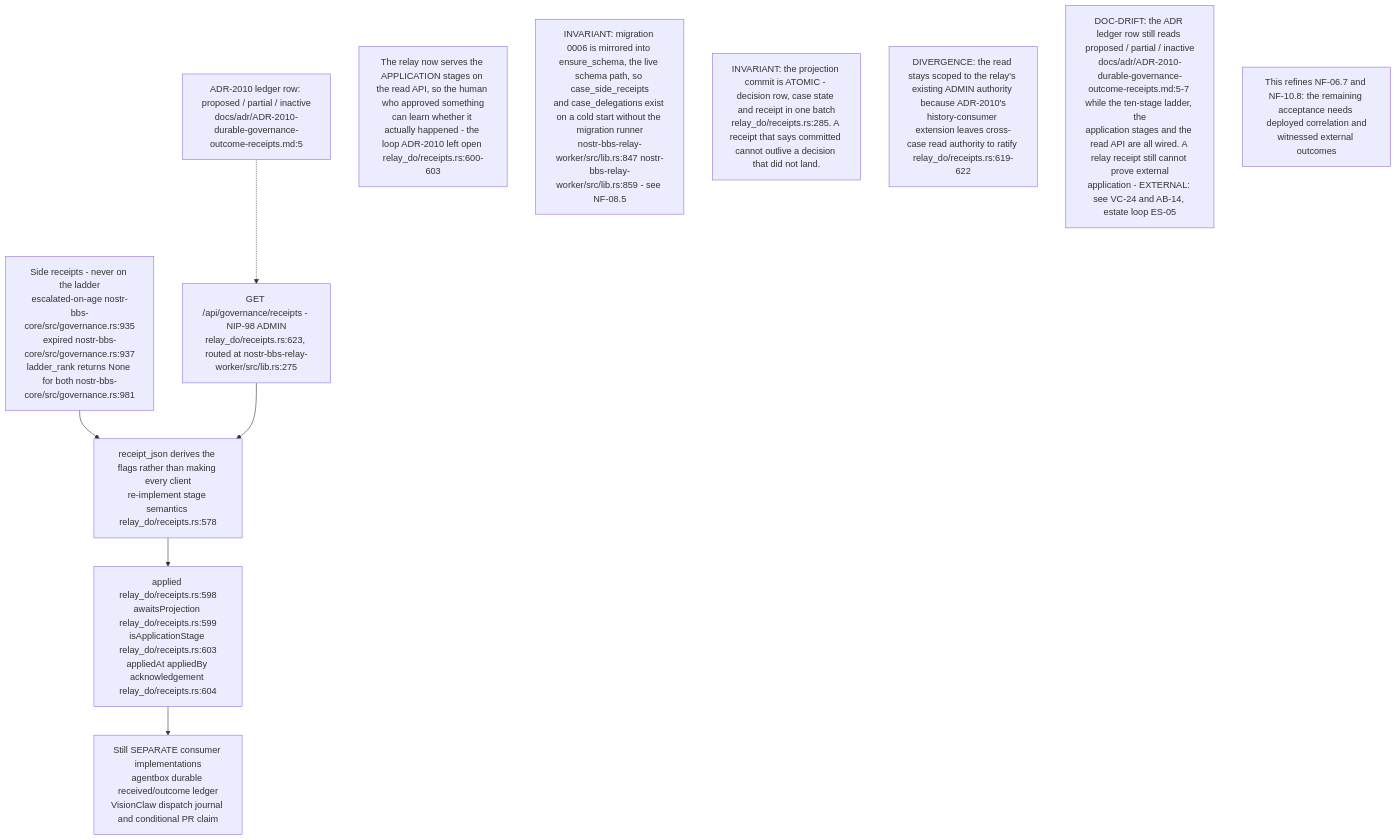
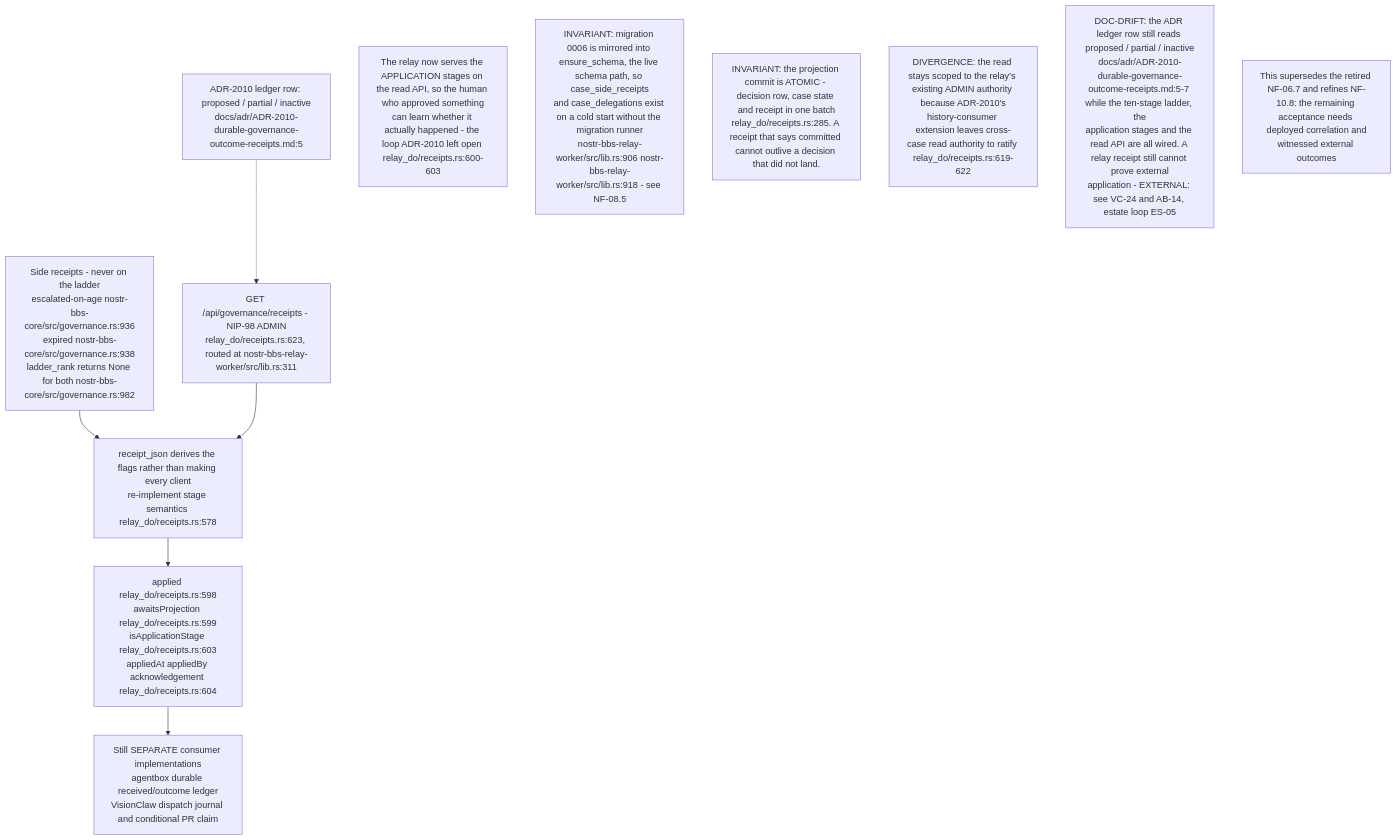
The ninth of 16 diagrams in docs/diagrams/nostr-rust-forum/11-relay-durable-object-internals.md (DreamLab-AI/VisionFlow), drawn with Mermaid before and after one commit. The commit also changed other lines of this file and 136 other files, not shown here.

First line of the commit message:
docs(diagrams): refresh the whole corpus to code HEAD and prune low-value diagrams

````diff
--- a/docs/diagrams/nostr-rust-forum/11-relay-durable-object-internals.md
+++ b/docs/diagrams/nostr-rust-forum/11-relay-durable-object-internals.md
@@ -300,21 +289,21 @@
 ```mermaid
 flowchart TB
-    SIDE["Side receipts - never on the ladder<br/>escalated-on-age nostr-bbs-core/src/governance.rs:935<br/>expired nostr-bbs-core/src/governance.rs:937<br/>ladder_rank returns None for both nostr-bbs-core/src/governance.rs:981"]
-    API["GET /api/governance/receipts - NIP-98 ADMIN<br/>relay_do/receipts.rs:623, routed at nostr-bbs-relay-worker/src/lib.rs:275"]
+    SIDE["Side receipts - never on the ladder<br/>escalated-on-age nostr-bbs-core/src/governance.rs:936<br/>expired nostr-bbs-core/src/governance.rs:938<br/>ladder_rank returns None for both nostr-bbs-core/src/governance.rs:982"]
+    API["GET /api/governance/receipts - NIP-98 ADMIN<br/>relay_do/receipts.rs:623, routed at nostr-bbs-relay-worker/src/lib.rs:311"]
     JSON["receipt_json derives the flags rather than making every client<br/>re-implement stage semantics relay_do/receipts.rs:578"]
     FLAGS["applied relay_do/receipts.rs:598<br/>awaitsProjection relay_do/receipts.rs:599<br/>isApplicationStage relay_do/receipts.rs:603<br/>appliedAt appliedBy acknowledgement relay_do/receipts.rs:604"]
     LEDGER["ADR-2010 ledger row: proposed / partial / inactive<br/>docs/adr/ADR-2010-durable-governance-outcome-receipts.md:5"]
     OPEN["Still SEPARATE consumer implementations<br/>agentbox durable received/outcome ledger<br/>VisionClaw dispatch journal and conditional PR claim"]
 
     SIDE --> JSON
     API --> JSON --> FLAGS
     LEDGER -.-> API
     FLAGS --> OPEN
 
     N1["The relay now serves the APPLICATION stages on the read API, so the human who approved something<br/>can learn whether it actually happened - the loop ADR-2010 left open relay_do/receipts.rs:600-603"]
-    N6["INVARIANT: migration 0006 is mirrored into ensure_schema, the live schema path, so case_side_receipts<br/>and case_delegations exist on a cold start without the migration runner<br/>nostr-bbs-relay-worker/src/lib.rs:847 nostr-bbs-relay-worker/src/lib.rs:859 - see NF-08.5"]
+    N6["INVARIANT: migration 0006 is mirrored into ensure_schema, the live schema path, so case_side_receipts<br/>and case_delegations exist on a cold start without the migration runner<br/>nostr-bbs-relay-worker/src/lib.rs:906 nostr-bbs-relay-worker/src/lib.rs:918 - see NF-08.5"]
     N2["INVARIANT: the projection commit is ATOMIC - decision row, case state and receipt in one batch<br/>relay_do/receipts.rs:285. A receipt that says committed cannot outlive a decision that did not land."]
     N3["DIVERGENCE: the read stays scoped to the relay's existing ADMIN authority because ADR-2010's<br/>history-consumer extension leaves cross-case read authority to ratify relay_do/receipts.rs:619-622"]
     N4["DOC-DRIFT: the ADR ledger row still reads proposed / partial / inactive<br/>docs/adr/ADR-2010-durable-governance-outcome-receipts.md:5-7 while the ten-stage ladder, the<br/>application stages and the read API are all wired. A relay receipt still cannot prove external<br/>application - EXTERNAL: see VC-24 and AB-14, estate loop ES-05"]
-    N5["This refines NF-06.7 and NF-10.8: the remaining acceptance needs deployed correlation and<br/>witnessed external outcomes"]
+    N5["This supersedes the retired NF-06.7 and refines NF-10.8: the remaining acceptance needs deployed correlation and<br/>witnessed external outcomes"]
 ```
````
